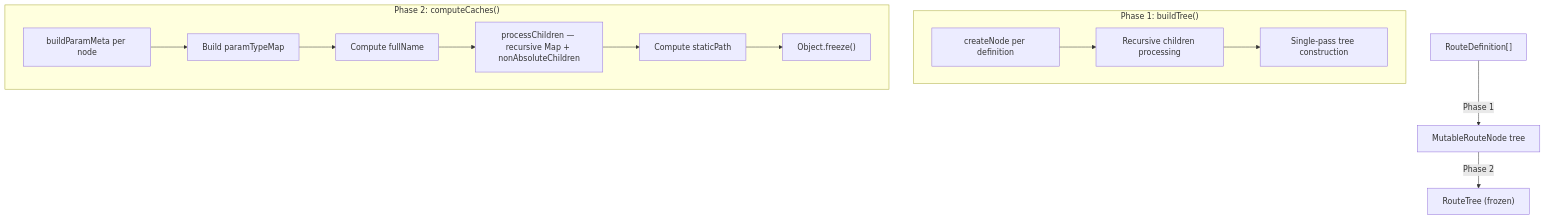
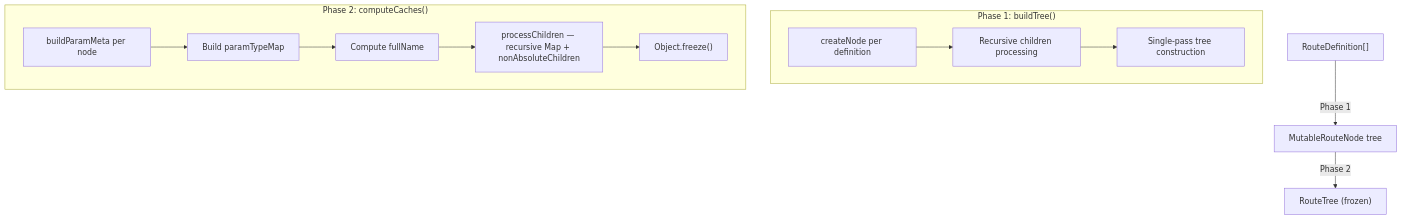
Before and after one commit to greydragon888/real-router: the second of 3 diagrams in packages/route-tree/ARCHITECTURE.md, drawn with Mermaid. The commit also changed other lines of this file and 21 other files, not shown here.

First line of the commit message:
refactor(route-tree): remove dead staticPath cache

````diff
--- a/packages/route-tree/ARCHITECTURE.md
+++ b/packages/route-tree/ARCHITECTURE.md
@@ -137,18 +135,17 @@
 ```mermaid
 graph TD
     A["RouteDefinition[]"] -->|Phase 1| B["MutableRouteNode tree"]
     B -->|Phase 2| C["RouteTree (frozen)"]
 
     subgraph "Phase 1: buildTree()"
         B1[createNode per definition] --> B2[Recursive children processing]
         B2 --> B3[Single-pass tree construction]
     end
 
     subgraph "Phase 2: computeCaches()"
         C1[buildParamMeta per node] --> C2[Build paramTypeMap]
         C2 --> C3[Compute fullName]
         C3 --> C4[processChildren — recursive Map + nonAbsoluteChildren]
-        C4 --> C5[Compute staticPath]
-        C5 --> C6["Object.freeze()"]
+        C4 --> C6["Object.freeze()"]
     end
 ```
````
